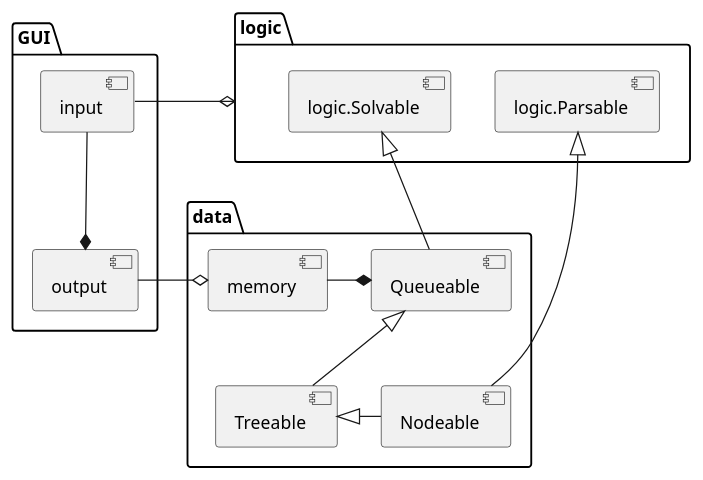
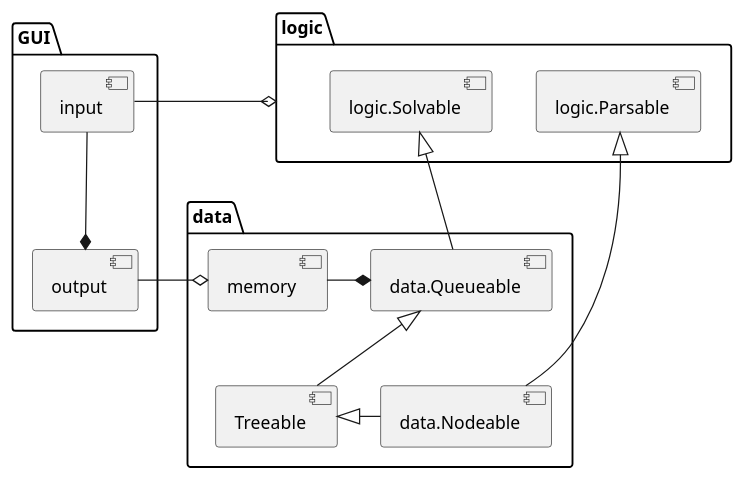
One commit to vitalispopoff/calculator changed the diagram in src/docs/UML/architecture.puml. Above: the diagram before and after it, drawn with PlantUML. The commit also changed 15 other files, not shown here.

```diff
--- a/src/docs/UML/architecture.puml
+++ b/src/docs/UML/architecture.puml
@@ -1,31 +1,31 @@
 @startuml
 
 package GUI {
     component output
     component input
 }
 
 package logic {
     component logic.Solvable
     component logic.Parsable
 }
 
 package data {
     component memory
-    component Queueable
+    component data.Queueable
     component Treeable
-    component Nodeable
+    component data.Nodeable
 }
 
 [input]     -right-o     logic
 [output]    *-up-      [input]
 [output]    -right-o     [memory]
-[memory]    -right-*    [Queueable]
+[memory]    -right-*    [data.Queueable]
 
-[logic.Solvable]  <|-down-    [Queueable]
-[Queueable] <|-down-    [Treeable]
+[logic.Solvable]  <|-down-    [data.Queueable]
+[data.Queueable] <|-down-    [Treeable]
 
-[Treeable]  <|-right-    [Nodeable]
-[logic.Parsable]  <|-down-     [Nodeable]
+[Treeable]  <|-right-    [data.Nodeable]
+[logic.Parsable]  <|-down-     [data.Nodeable]
 
 @enduml
```
